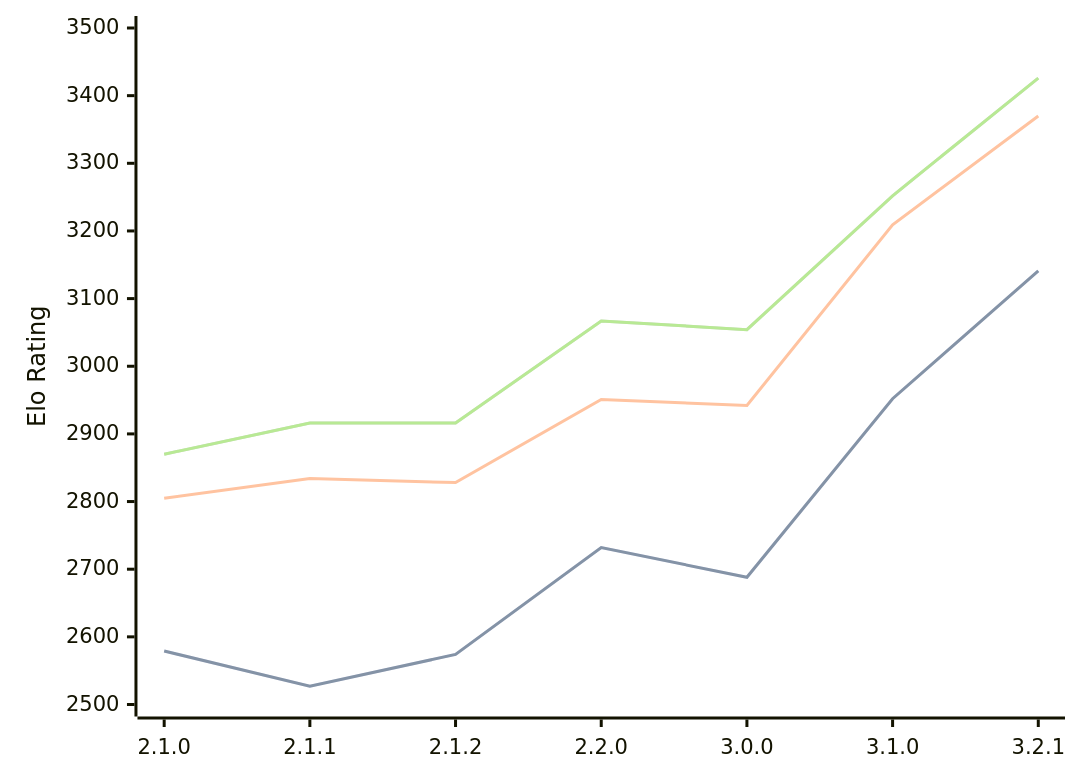
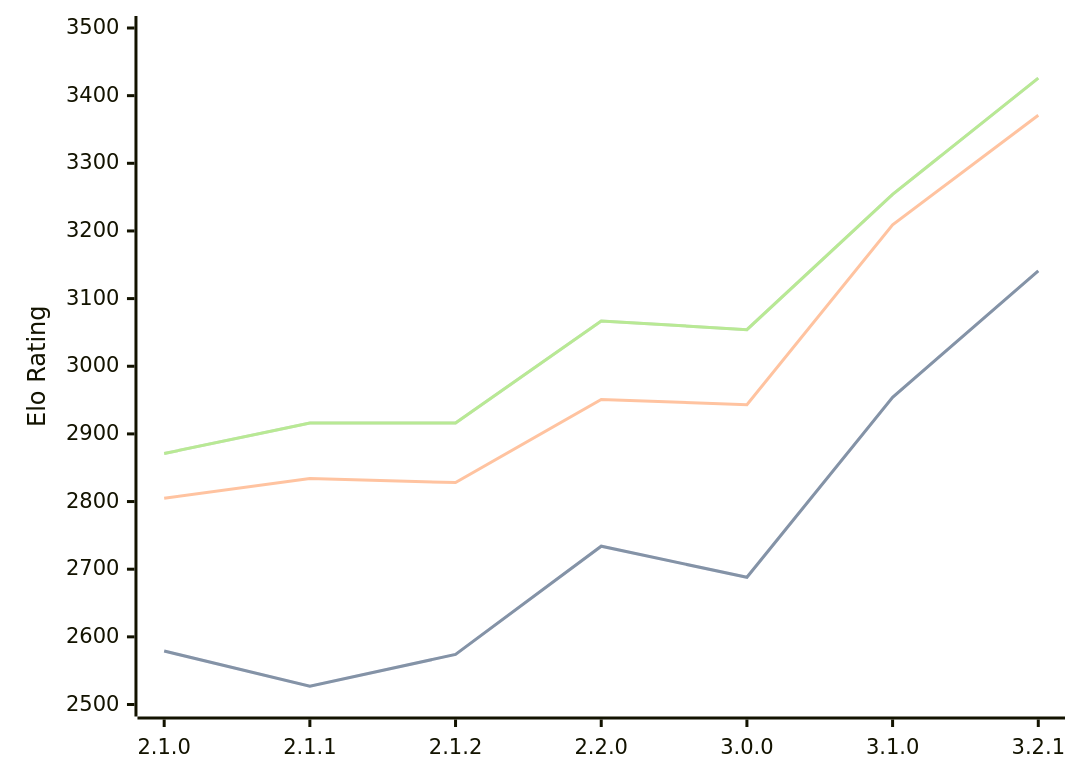
Before and after one commit to computer-chess-index/cci: the diagram in engines/Prune.md, drawn with Mermaid. The commit also changed other lines of this file, not shown here.

Commit message:
Update CCI Ratings (ELO VLTC) - 2026-05-04

````diff
--- a/engines/Prune.md
+++ b/engines/Prune.md
@@ -42,11 +42,11 @@
 ```mermaid
 %%{init: {"theme":"base","themeVariables":{"seriesColors:['#a3a3a3','#222221','#faa371']}}}%%
 xychart-beta
   x-axis ["2.1.0", "2.1.1", "2.1.2", "2.2.0", "3.0.0", "3.1.0", "3.2.1"]
   y-axis "Elo Rating" 2500 --> 3500
-  line "STC (8.0+0.08s)" [2579, 2527, 2574, 2732, 2688, 2952, 3141]
-  line "STC (8.0+0.08s)" [2579, 2527, 2574, 2732, 2688, 2952, 3141]
-  line "LTC (60.0+0.60s)" [2805, 2834, 2828, 2951, 2942, 3209, 3370]
-  line "VLTC (2m24s+1.12s)" [2870, 2916, 2916, 3067, 3054, 3252, 3426]
-  line "VLTC (2m24s+1.12s)" [2870, 2916, 2916, 3067, 3054, 3252, 3426]
+  line "STC (8.0+0.08s)" [2579, 2527, 2574, 2734, 2688, 2954, 3141]
+  line "STC (8.0+0.08s)" [2579, 2527, 2574, 2734, 2688, 2954, 3141]
+  line "LTC (60.0+0.60s)" [2805, 2834, 2828, 2951, 2943, 3209, 3371]
+  line "VLTC (2m24s+1.12s)" [2871, 2916, 2916, 3067, 3054, 3254, 3426]
+  line "VLTC (2m24s+1.12s)" [2871, 2916, 2916, 3067, 3054, 3254, 3426]
 ```
````
